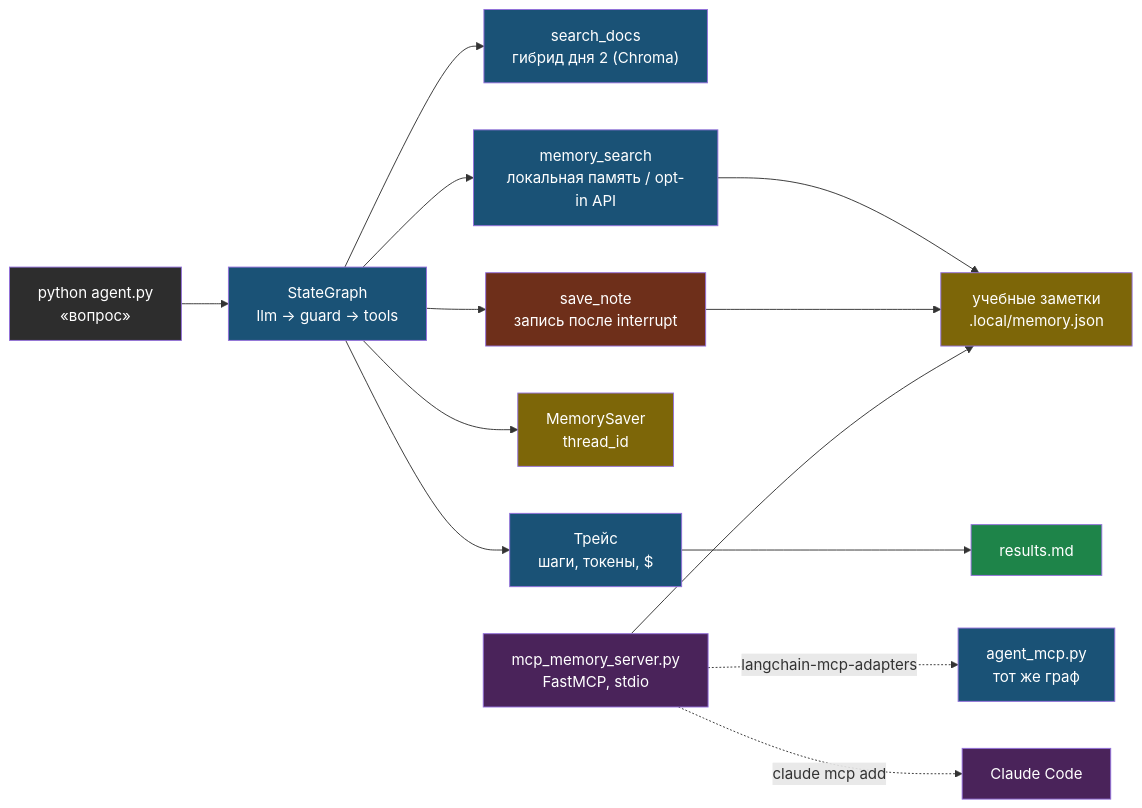
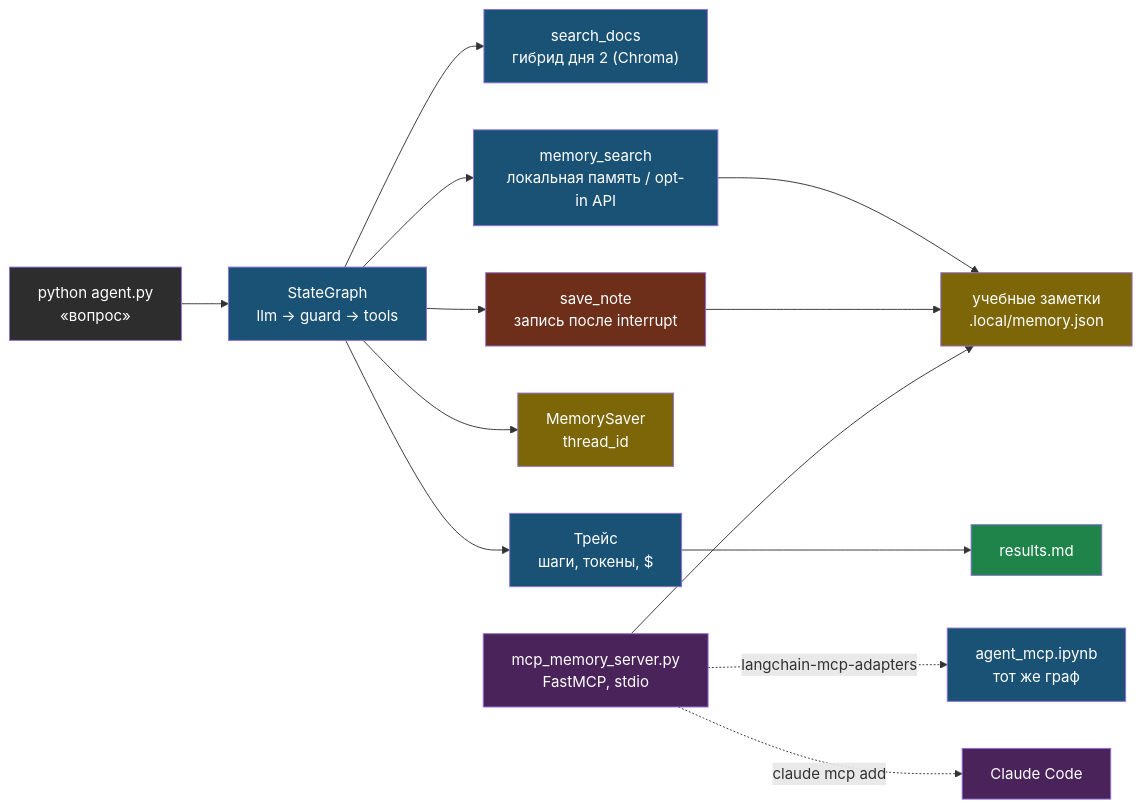
One commit to iRoboTron/ai-engineering changed the diagram in docs/books/04-agents-langgraph-mcp/chapter-02.md. Above: the diagram before and after it, drawn with Mermaid. The commit also changed other lines of this file and 49 other files, not shown here.

````diff
--- a/docs/books/04-agents-langgraph-mcp/chapter-02.md
+++ b/docs/books/04-agents-langgraph-mcp/chapter-02.md
@@ -9,28 +9,28 @@
 ```mermaid
 flowchart LR
     Q["python agent.py\n«вопрос»"] --> GR["StateGraph\nllm → guard → tools"]
     GR --> T1["search_docs\nгибрид дня 2 (Chroma)"]
     GR --> T2["memory_search\nлокальная память / opt-in API"]
     GR --> T3["save_note\nзапись после interrupt"]
     T2 --> MEM["учебные заметки\n.local/memory.json"]
     T3 --> MEM
     GR --> CP["MemorySaver\nthread_id"]
     GR --> TR["Трейс\nшаги, токены, $"]
     TR --> RES["results.md"]
     MCP["mcp_memory_server.py\nFastMCP, stdio"] --> MEM
-    MCP -. langchain-mcp-adapters .-> GR2["agent_mcp.py\nтот же граф"]
+    MCP -. langchain-mcp-adapters .-> GR2["agent_mcp.ipynb\nтот же граф"]
     MCP -. claude mcp add .-> CC["Claude Code"]
 
     style Q fill:#2d2d2d,color:#fff
     style GR fill:#1a5276,color:#fff
     style GR2 fill:#1a5276,color:#fff
     style T1 fill:#1a5276,color:#fff
     style T2 fill:#1a5276,color:#fff
     style T3 fill:#6e2f1a,color:#fff
     style MEM fill:#7d6608,color:#fff
     style CP fill:#7d6608,color:#fff
     style TR fill:#1a5276,color:#fff
     style RES fill:#1e8449,color:#fff
     style MCP fill:#4a235a,color:#fff
     style CC fill:#4a235a,color:#fff
 ```
````
